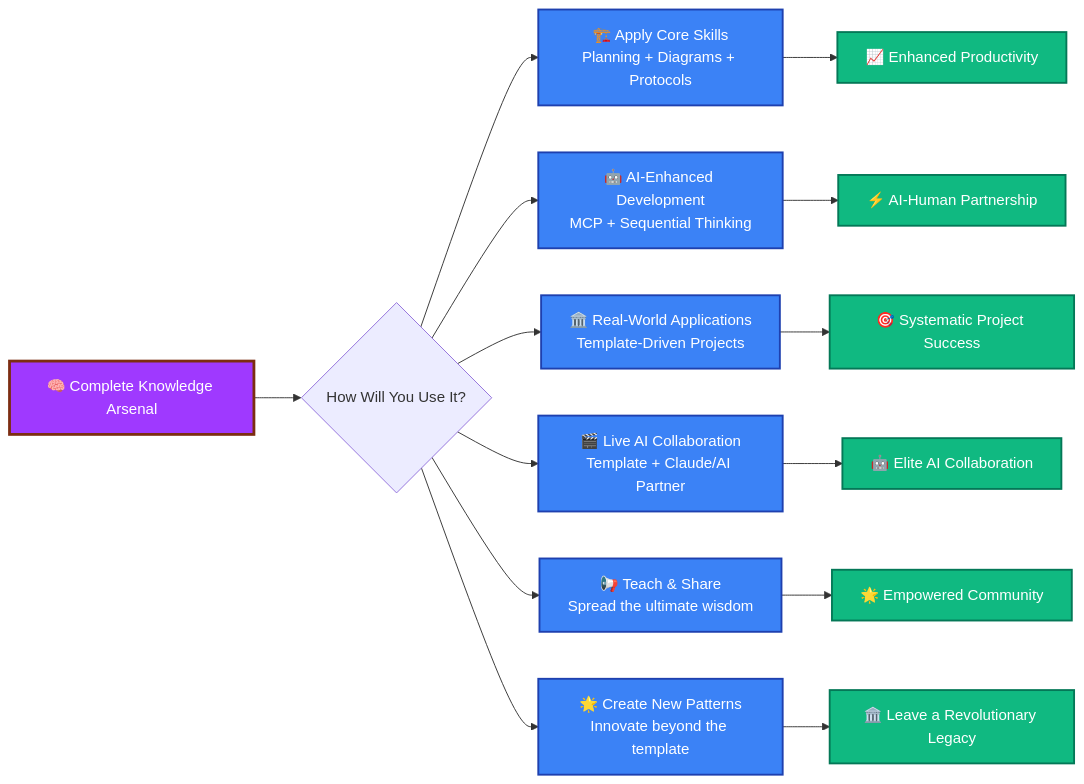
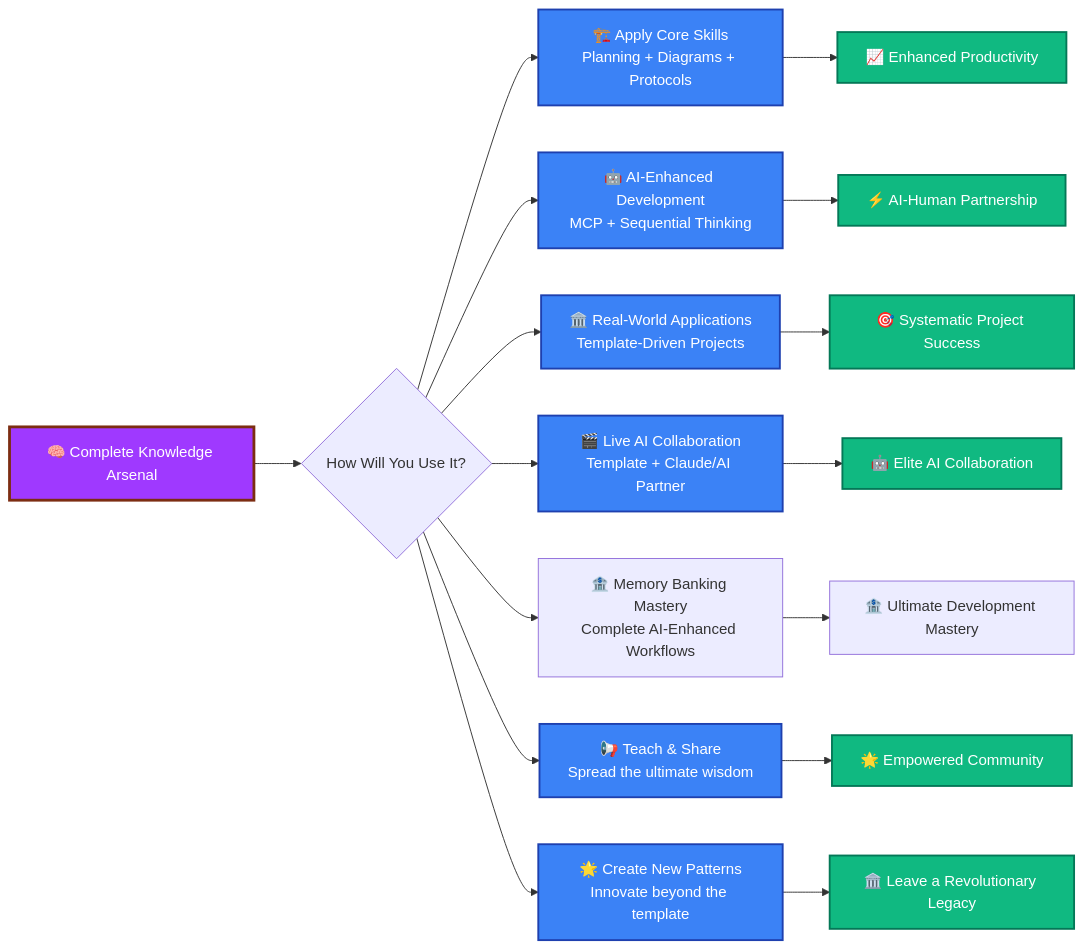
One commit to giang6283623/cursor-tip changed the tenth of 10 diagrams in README.md. Above: the diagram before and after it, drawn with Mermaid. The commit also changed other lines of this file and 60 other files, not shown here.

````diff
--- a/README.md
+++ b/README.md
@@ -906,26 +1143,28 @@
 ```mermaid
 graph LR
     Knowledge[🧠 Complete Knowledge Arsenal] --> Apply{How Will You Use It?}
 
     Apply --> CoreProjects[🏗️ Apply Core Skills<br/>Planning + Diagrams + Protocols]
     Apply --> AIProjects[🤖 AI-Enhanced Development<br/>MCP + Sequential Thinking]
     Apply --> RealWorld[🏛️ Real-World Applications<br/>Template-Driven Projects]
     Apply --> LiveCollab[🎬 Live AI Collaboration<br/>Template + Claude/AI Partner]
+    Apply --> MemoryBanking[🏦 Memory Banking Mastery<br/>Complete AI-Enhanced Workflows]
     Apply --> Teaching[📢 Teach & Share<br/>Spread the ultimate wisdom]
     Apply --> Innovation[🌟 Create New Patterns<br/>Innovate beyond the template]
 
     CoreProjects --> CoreSuccess[📈 Enhanced Productivity]
     AIProjects --> AISuccess[⚡ AI-Human Partnership]
     RealWorld --> RealSuccess[🎯 Systematic Project Success]
     LiveCollab --> CollabSuccess[🤖 Elite AI Collaboration]
+    MemoryBanking --> UltimateSuccess[🏦 Ultimate Development Mastery]
     Teaching --> Community[🌟 Empowered Community]
     Innovation --> Legacy[🏛️ Leave a Revolutionary Legacy]
 
     classDef knowledge fill:#9f39ff,stroke:#7c2d12,stroke-width:3px,color:#fff
     classDef action fill:#3b82f6,stroke:#1e40af,stroke-width:2px,color:#fff
     classDef outcome fill:#10b981,stroke:#047857,stroke-width:2px,color:#fff
 
     class Knowledge knowledge
     class CoreProjects,AIProjects,RealWorld,LiveCollab,Teaching,Innovation action
     class CoreSuccess,AISuccess,RealSuccess,CollabSuccess,Community,Legacy outcome
 ```
````
